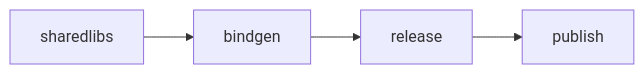
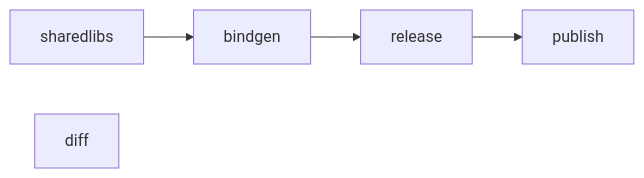
One commit to eigerco/uniffi-zcash-lib changed the diagram in lib/uniffi-zcash-cli/README.md. Above: the diagram before and after it, drawn with Mermaid. The commit also changed other lines of this file and 2 other files, not shown here.

````diff
--- a/lib/uniffi-zcash-cli/README.md
+++ b/lib/uniffi-zcash-cli/README.md
@@ -40,4 +43,5 @@
 ```mermaid
 graph LR;
 sharedlibs-->bindgen-->release-->publish;
+diff
 ```
````
